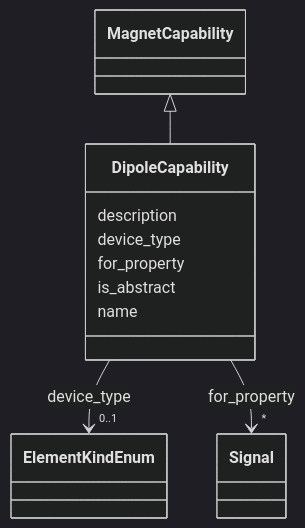
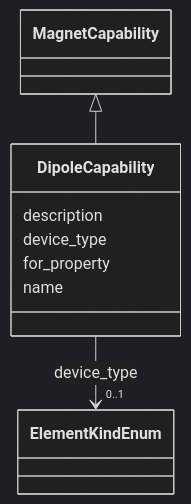
The diagram in docs_narad/DipoleCapability.md (pals-project/pals-facility-config), drawn with Mermaid (dark theme) before and after one commit. The commit also changed other lines of this file and 126 other files, not shown here.

````diff
--- a/docs_narad/DipoleCapability.md
+++ b/docs_narad/DipoleCapability.md
@@ -18,37 +18,26 @@
 ```mermaid
  classDiagram
     class DipoleCapability
     click DipoleCapability href "../DipoleCapability/"
       MagnetCapability <|-- DipoleCapability
         click MagnetCapability href "../MagnetCapability/"
       
       DipoleCapability : description
         
       DipoleCapability : device_type
         
           
     
         
         
         DipoleCapability --> "0..1" ElementKindEnum : device_type
         click ElementKindEnum href "../ElementKindEnum/"
     
 
         
       DipoleCapability : for_property
         
-          
-    
-        
-        
-        DipoleCapability --> "*" Signal : for_property
-        click Signal href "../Signal/"
-    
-
-        
-      DipoleCapability : is_abstract
-        
       DipoleCapability : name
         
       
 ```
````
